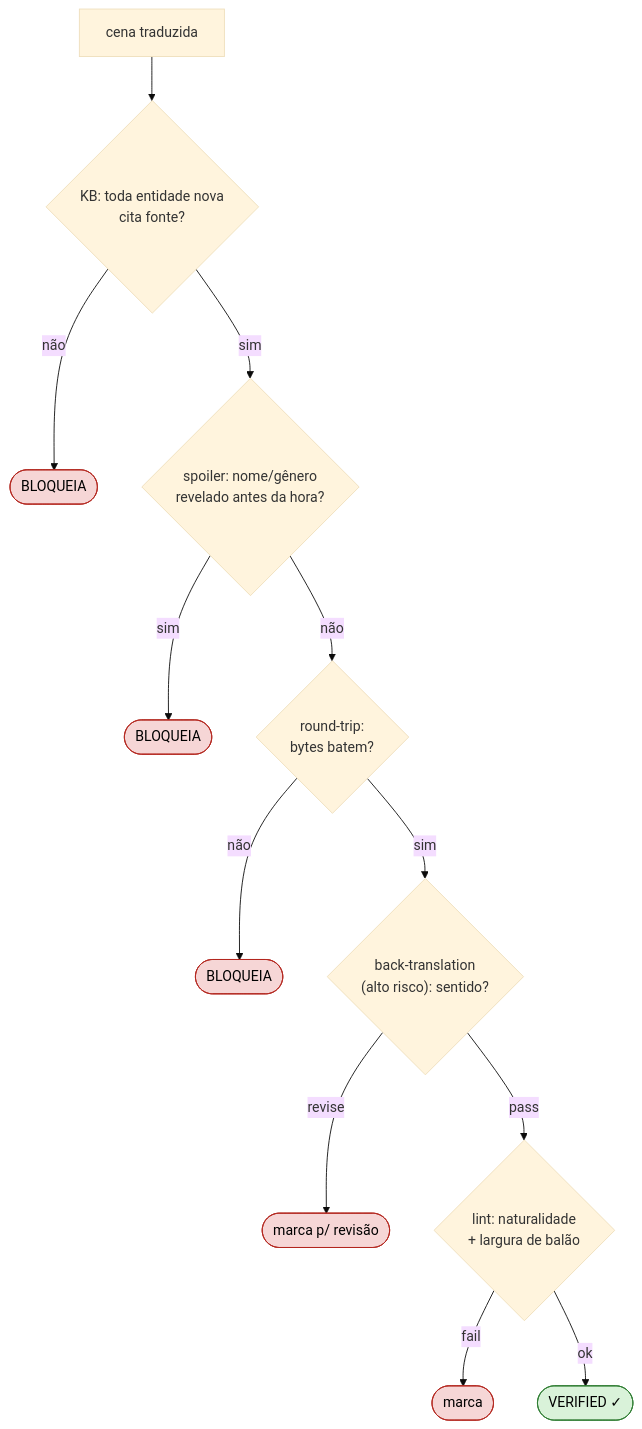
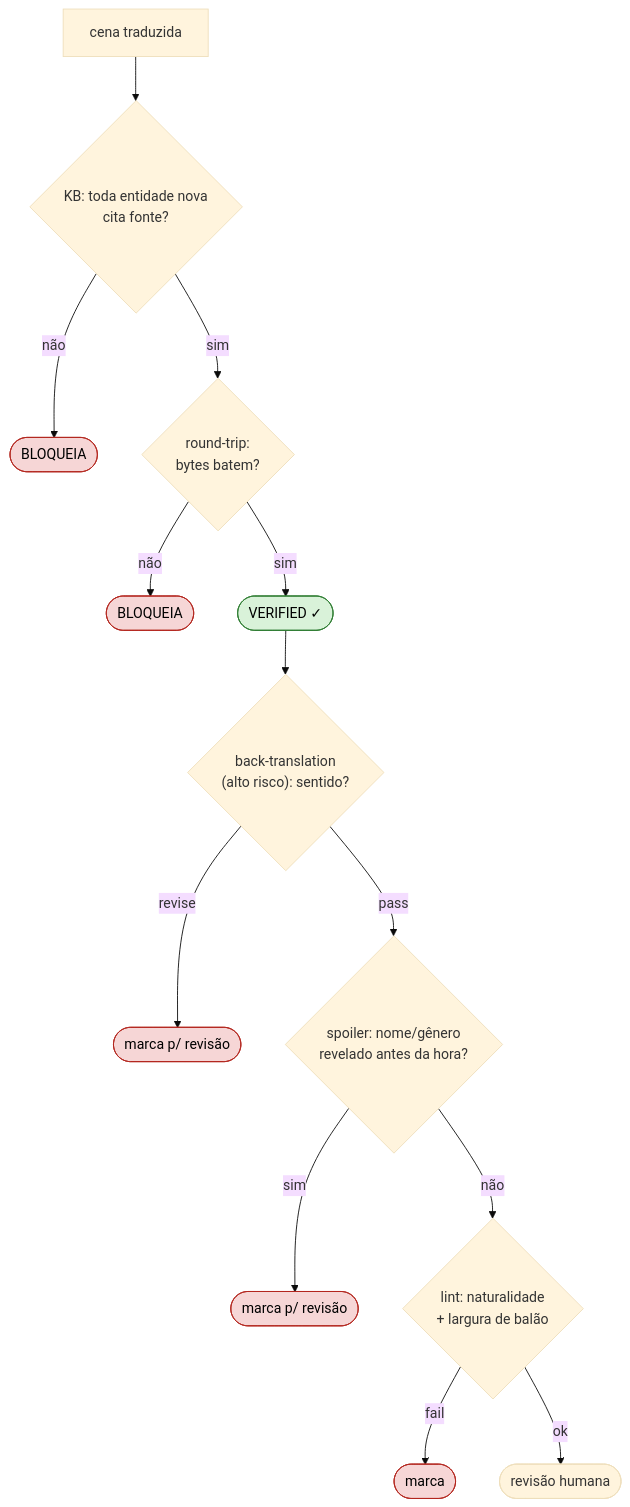
The second of 5 diagrams in docs/GOVERNANCE.md (scudellerlemos/translation-cognition-framework), drawn with Mermaid (base theme) before and after one commit. The commit also changed other lines of this file and 25 other files, not shown here.

````diff
--- a/docs/GOVERNANCE.md
+++ b/docs/GOVERNANCE.md
@@ -62,18 +62,19 @@
 ```mermaid
 flowchart TB
   scene["cena traduzida"] --> kb
   kb{"KB: toda entidade nova<br/>cita fonte?"} -->|não| kbx(["BLOQUEIA"])
-  kb -->|sim| sp
-  sp{"spoiler: nome/gênero<br/>revelado antes da hora?"} -->|sim| spx(["BLOQUEIA"])
-  sp -->|não| rt
+  kb -->|sim| rt
   rt{"round-trip:<br/>bytes batem?"} -->|não| rtx(["BLOQUEIA"])
-  rt -->|sim| bt
+  rt -->|sim| ok(["VERIFIED ✓"])
+  ok --> bt
   bt{"back-translation<br/>(alto risco): sentido?"} -->|revise| btx(["marca p/ revisão"])
-  bt -->|pass| lint
+  bt -->|pass| sp
+  sp{"spoiler: nome/gênero<br/>revelado antes da hora?"} -->|sim| spx(["marca p/ revisão"])
+  sp -->|não| lint
   lint{"lint: naturalidade<br/>+ largura de balão"} -->|fail| lintx(["marca"])
-  lint -->|ok| ok(["VERIFIED ✓"])
+  lint -->|ok| hum(["revisão humana"])
   classDef bad fill:#f6d6d6,stroke:#b3261e,color:#000;
   classDef good fill:#d9f2d9,stroke:#2e7d32,color:#000;
   class kbx,spx,rtx,btx,lintx bad;
   class ok good;
 ```
````
